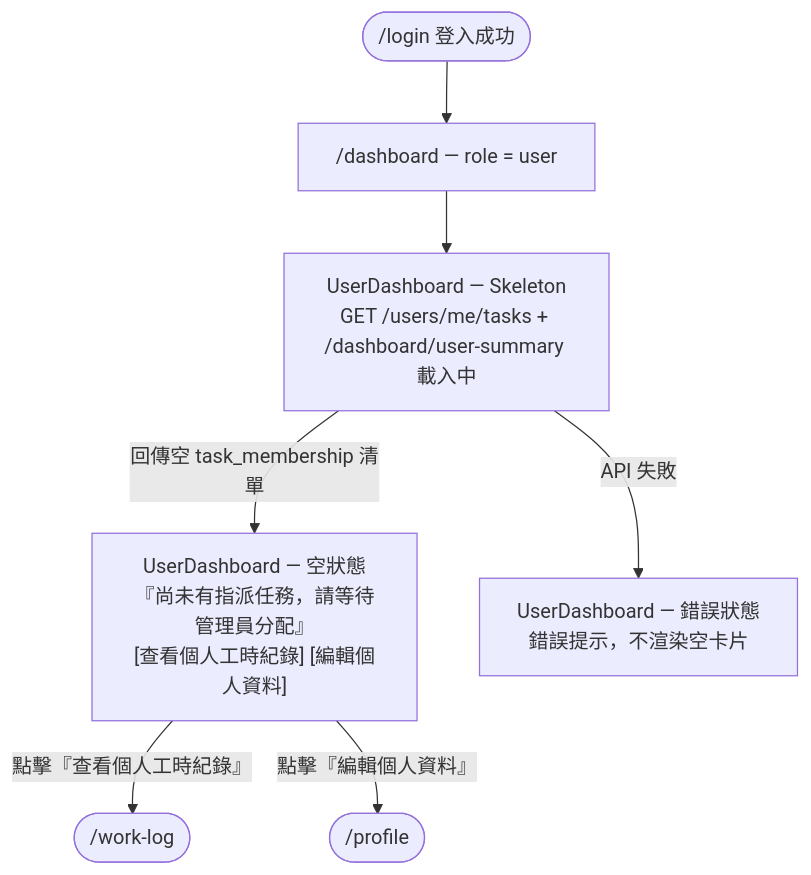
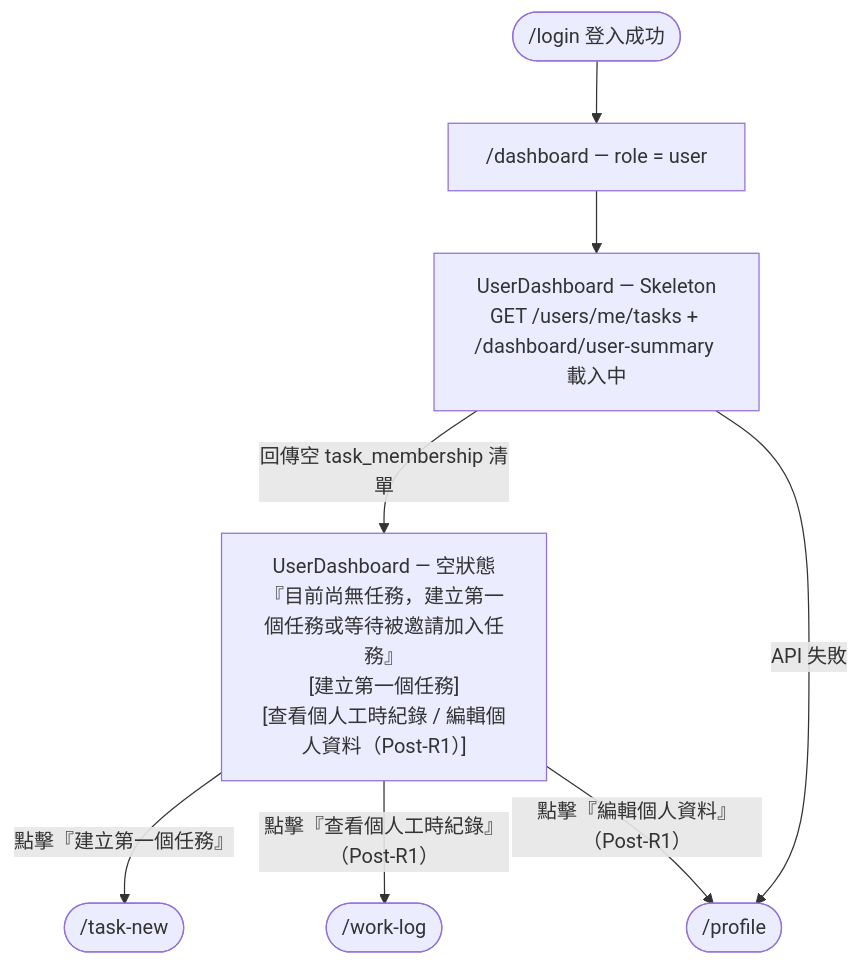
One commit to singyichen/label-suite changed the fourth of 7 diagrams in specs/dashboard/012-dashboard/spec.md. Above: the diagram before and after it, drawn with Mermaid. The commit also changed other lines of this file and 1 other file, not shown here.

First line of the commit message:
design(wireframe): refine dashboard SA-2 frame heights and label copy

````diff
--- a/specs/dashboard/012-dashboard/spec.md
+++ b/specs/dashboard/012-dashboard/spec.md
@@ -225,9 +254,10 @@
 ```mermaid
 flowchart TD
     A(["/login 登入成功"]) --> B["/dashboard — role = user"]
     B --> C["UserDashboard — Skeleton\nGET /users/me/tasks + /dashboard/user-summary 載入中"]
-    C -->|"回傳空 task_membership 清單"| D["UserDashboard — 空狀態\n『尚未有指派任務，請等待管理員分配』\n[查看個人工時紀錄] [編輯個人資料]"]
+    C -->|"回傳空 task_membership 清單"| D["UserDashboard — 空狀態\n『目前尚無任務，建立第一個任務或等待被邀請加入任務』\n[建立第一個任務]\n[查看個人工時紀錄 / 編輯個人資料（Post-R1）]"]
     C -->|"API 失敗"| G["UserDashboard — 錯誤狀態\n錯誤提示，不渲染空卡片"]
-    D -->|"點擊『查看個人工時紀錄』"| E(["/work-log"])
-    D -->|"點擊『編輯個人資料』"| F(["/profile"])
+    D -->|"點擊『建立第一個任務』"| E(["/task-new"])
+    D -->|"點擊『查看個人工時紀錄』（Post-R1）"| F(["/work-log"])
+    D -->|"點擊『編輯個人資料』（Post-R1）"| G(["/profile"])
 ```
````
